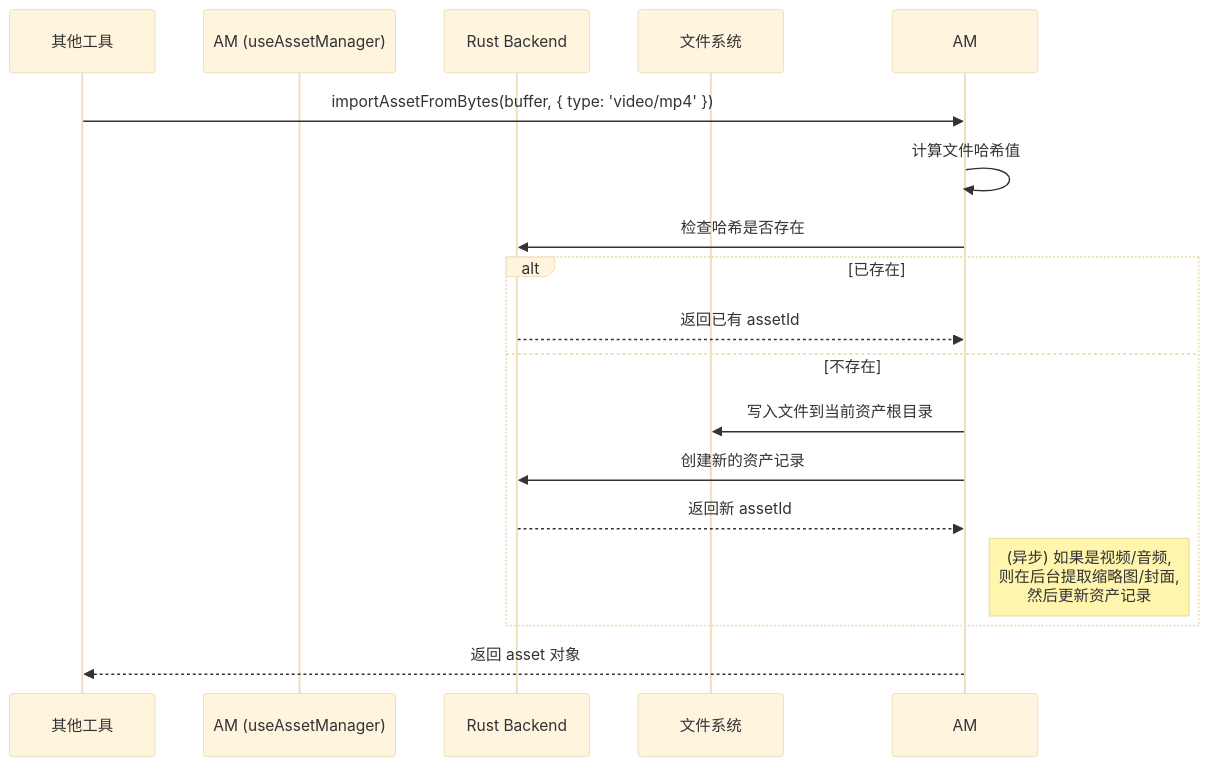
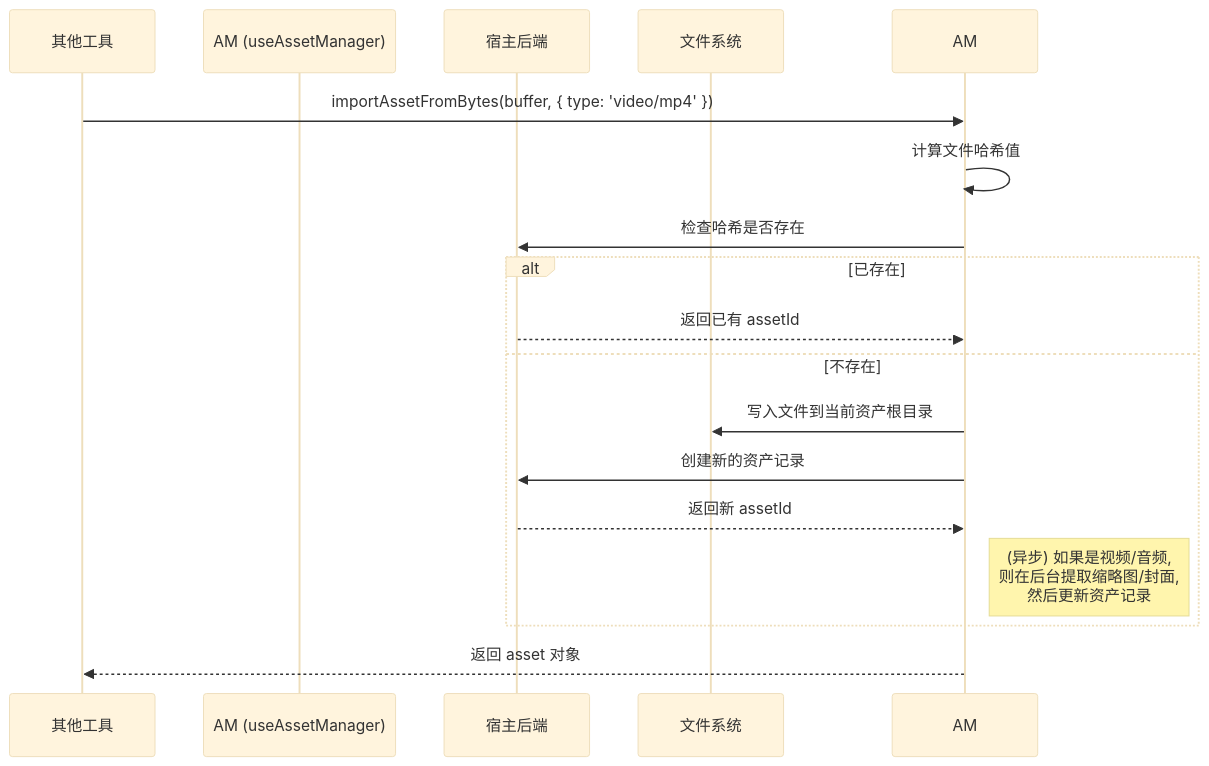
Before and after one commit to miaotouy/aio-hub: the diagram in src/tools/asset-manager/ARCHITECTURE.md, drawn with Mermaid (base theme). The commit also changed other lines of this file and 11 other files, not shown here.

````diff
--- a/src/tools/asset-manager/ARCHITECTURE.md
+++ b/src/tools/asset-manager/ARCHITECTURE.md
@@ -66,22 +66,22 @@
 ```mermaid
 sequenceDiagram
     participant Tool as 其他工具
     participant AM (useAssetManager)
-    participant Rust as Rust Backend
+    participant Rust as 宿主后端
     participant FS as 文件系统
 
     Tool->>AM: importAssetFromBytes(buffer, { type: 'video/mp4' })
     AM->>AM: 计算文件哈希值
     AM->>Rust: 检查哈希是否存在
 
     alt 已存在
         Rust-->>AM: 返回已有 assetId
     else 不存在
         AM->>FS: 写入文件到当前资产根目录
         AM->>Rust: 创建新的资产记录
         Rust-->>AM: 返回新 assetId
         Note right of AM: (异步) 如果是视频/音频, <br>则在后台提取缩略图/封面, <br>然后更新资产记录
     end
 
     AM-->>Tool: 返回 asset 对象
 ```
````
